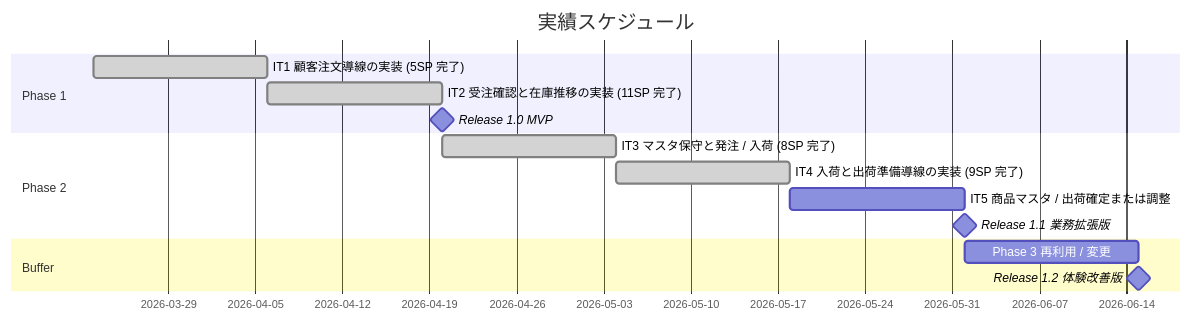
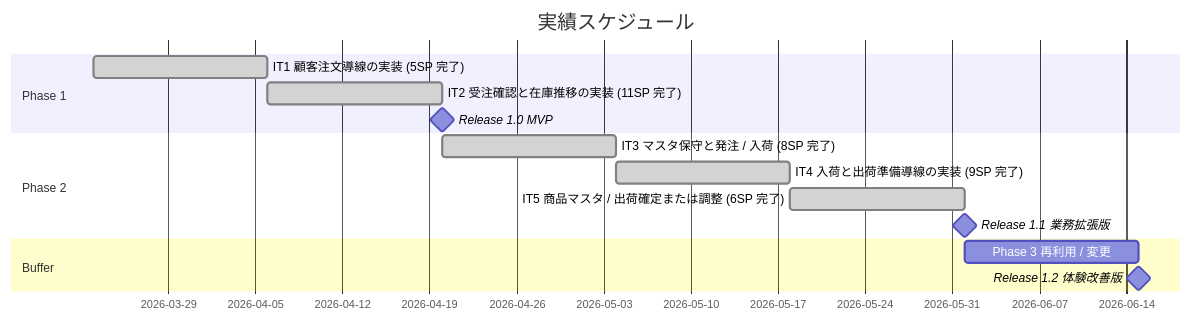
The second of 3 diagrams in docs/development/release_plan.md (k2works/case-study-sdd-development), drawn with Mermaid before and after one commit. The commit also changed other lines of this file and 6 other files, not shown here.

````diff
--- a/docs/development/release_plan.md
+++ b/docs/development/release_plan.md
@@ -155,17 +155,17 @@
 ```mermaid
 gantt
     title 実績スケジュール
     dateFormat  YYYY-MM-DD
     section Phase 1
     IT1 顧客注文導線の実装 (5SP 完了)    :done, a1, 2026-03-23, 14d
     IT2 受注確認と在庫推移の実装 (11SP 完了) :done, a2, after a1, 14d
     Release 1.0 MVP                    :milestone, m1, after a2, 0d
     section Phase 2
     IT3 マスタ保守と発注 / 入荷 (8SP 完了) :done, a3, after a2, 14d
     IT4 入荷と出荷準備導線の実装 (9SP 完了) :done, a4, after a3, 14d
-    IT5 商品マスタ / 出荷確定または調整  :a5, after a4, 14d
+    IT5 商品マスタ / 出荷確定または調整 (6SP 完了) :done, a5, after a4, 14d
     Release 1.1 業務拡張版              :milestone, m2, after a5, 0d
     section Buffer
     Phase 3 再利用 / 変更               :a6, after m2, 14d
     Release 1.2 体験改善版              :milestone, m3, after a6, 0d
 ```
````
